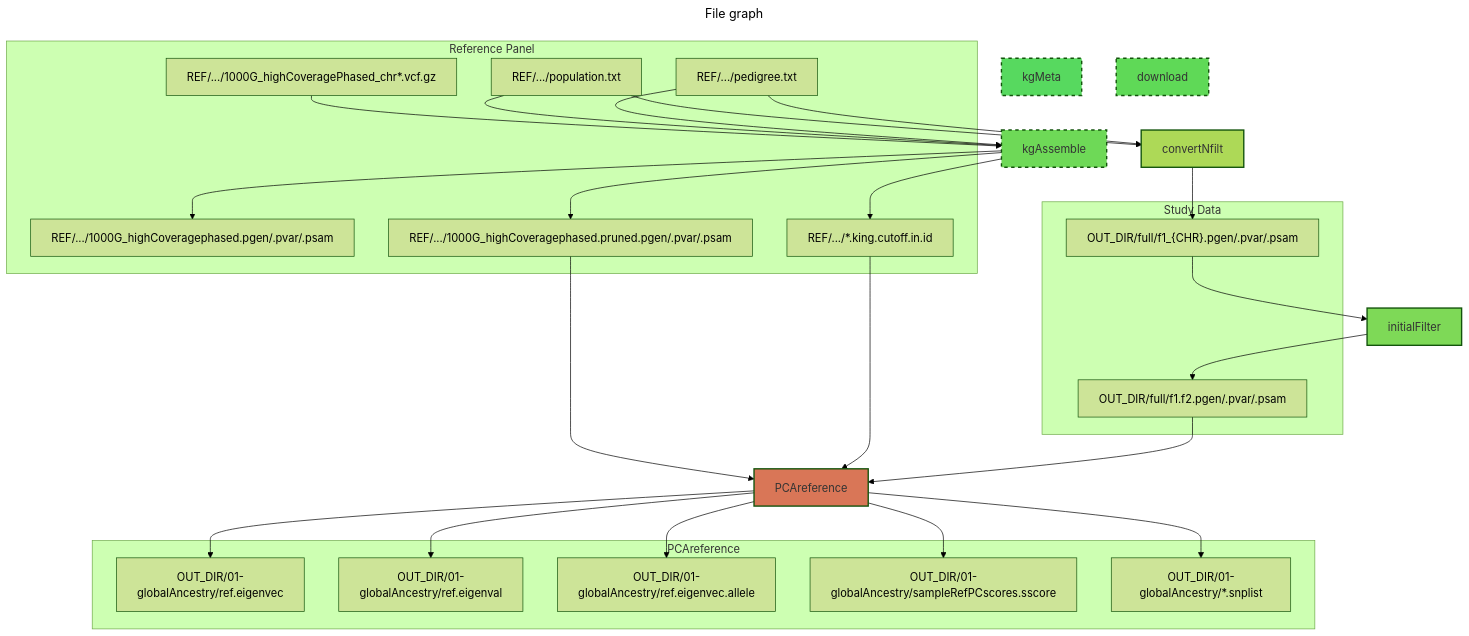
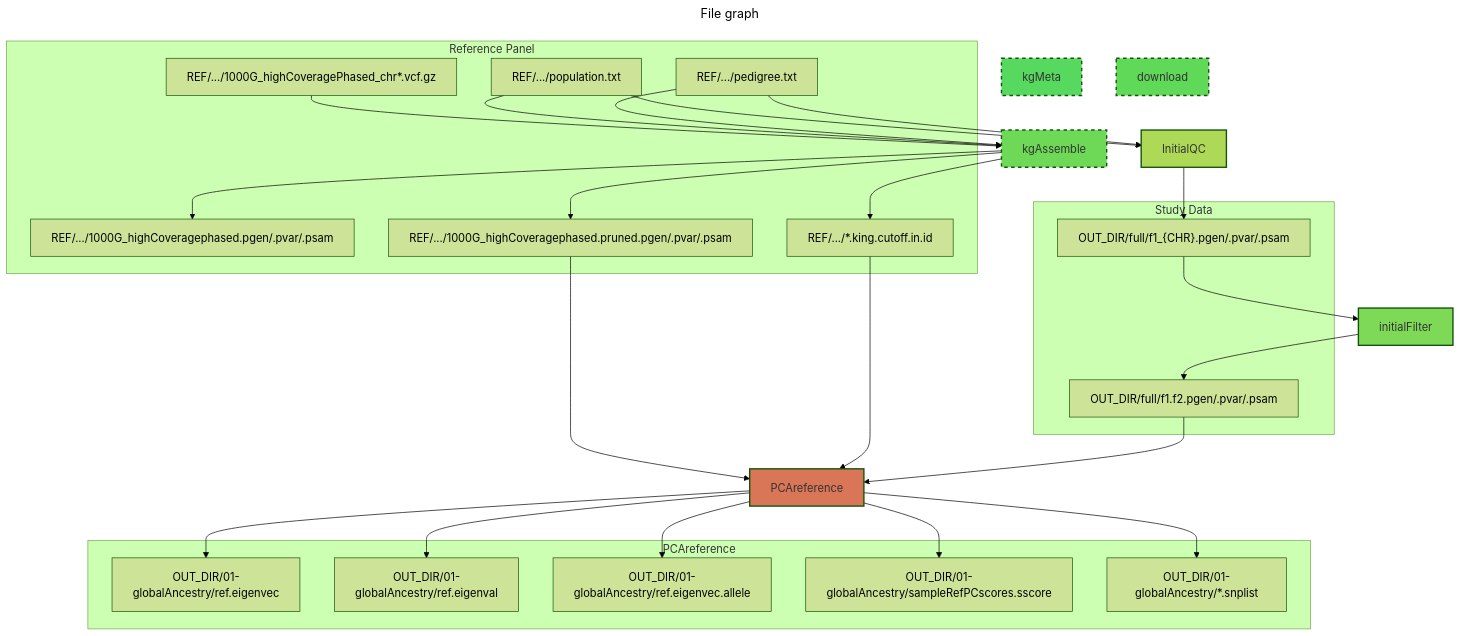
The diagram in docs/filegraph_pca.mmd (UMN-GDC/GDCGenomicsQC), drawn with Mermaid (forest theme) before and after one commit. The commit also changed 21 other files, not shown here.

Commit message:
Rename convertNfilt to InitialQC, add missingness/HWE defaults to all configs

```diff
--- a/docs/filegraph_pca.mmd
+++ b/docs/filegraph_pca.mmd
@@ -1,55 +1,55 @@
 ---
 title: File graph
 ---
 flowchart TB
   subgraph ref_side[Reference Panel]
     vcf1["REF/.../1000G_highCoveragePhased_chr*.vcf.gz"]
     pop["REF/.../population.txt"]
     ped["REF/.../pedigree.txt"]
     ref_pgen["REF/.../1000G_highCoveragephased.pgen/.pvar/.psam"]
     ref_pruned["REF/.../1000G_highCoveragephased.pruned.pgen/.pvar/.psam"]
     ref_unrel["REF/.../*.king.cutoff.in.id"]
   end
 
   subgraph study_side[Study Data]
     study_pgen["OUT_DIR/full/f1_{CHR}.pgen/.pvar/.psam"]
     qc_pgen["OUT_DIR/full/f1.f2.pgen/.pvar/.psam"]
   end
 
   subgraph pca_outs[PCAreference]
     eigenvec["OUT_DIR/01-globalAncestry/ref.eigenvec"]
     eigenval["OUT_DIR/01-globalAncestry/ref.eigenval"]
     loadings["OUT_DIR/01-globalAncestry/ref.eigenvec.allele"]
     sscore["OUT_DIR/01-globalAncestry/sampleRefPCscores.sscore"]
     snplist["OUT_DIR/01-globalAncestry/*.snplist"]
   end
 
   vcf1 --> kgAssemble
   pop --> kgAssemble
   ped --> kgAssemble
   kgAssemble --> ref_pgen
   kgAssemble --> ref_pruned
   kgAssemble --> ref_unrel
 
-  pop --> convertNfilt
-  ped --> convertNfilt
-  convertNfilt --> study_pgen
+  pop --> InitialQC
+  ped --> InitialQC
+  InitialQC --> study_pgen
 
   study_pgen --> initialFilter
   initialFilter --> qc_pgen
 
   ref_pruned --> PCAreference
   ref_unrel --> PCAreference
   qc_pgen --> PCAreference
   PCAreference --> eigenvec
   PCAreference --> eigenval
   PCAreference --> loadings
   PCAreference --> sscore
   PCAreference --> snplist
 
   style kgMeta fill:#57D95F,stroke-width:2px,color:#333,stroke-dasharray:5 5
   style download fill:#5FD957,stroke-width:2px,color:#333,stroke-dasharray:5 5
   style kgAssemble fill:#6ED957,stroke-width:2px,color:#333,stroke-dasharray:5 5
-  style convertNfilt fill:#ADD957,stroke-width:2px,color:#333
+  style InitialQC fill:#ADD957,stroke-width:2px,color:#333
   style initialFilter fill:#7ED957,stroke-width:2px,color:#333
   style PCAreference fill:#D97657,stroke-width:2px,color:#333
```
